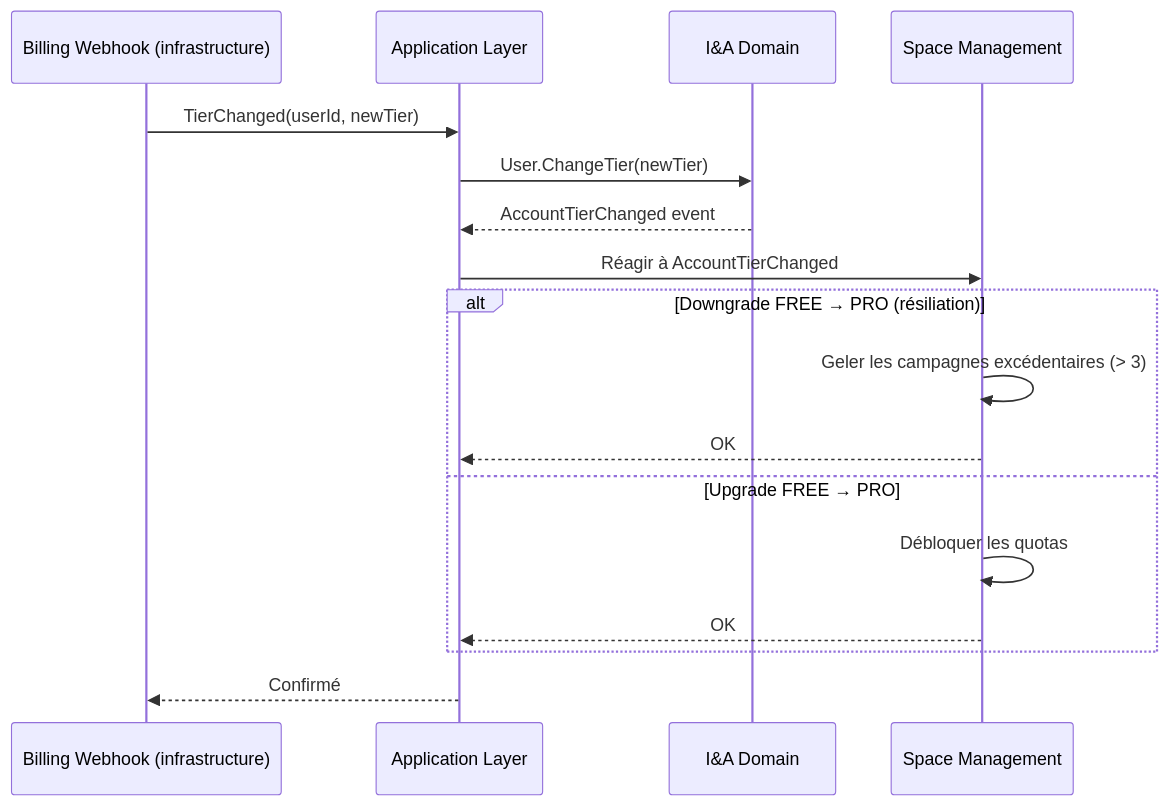
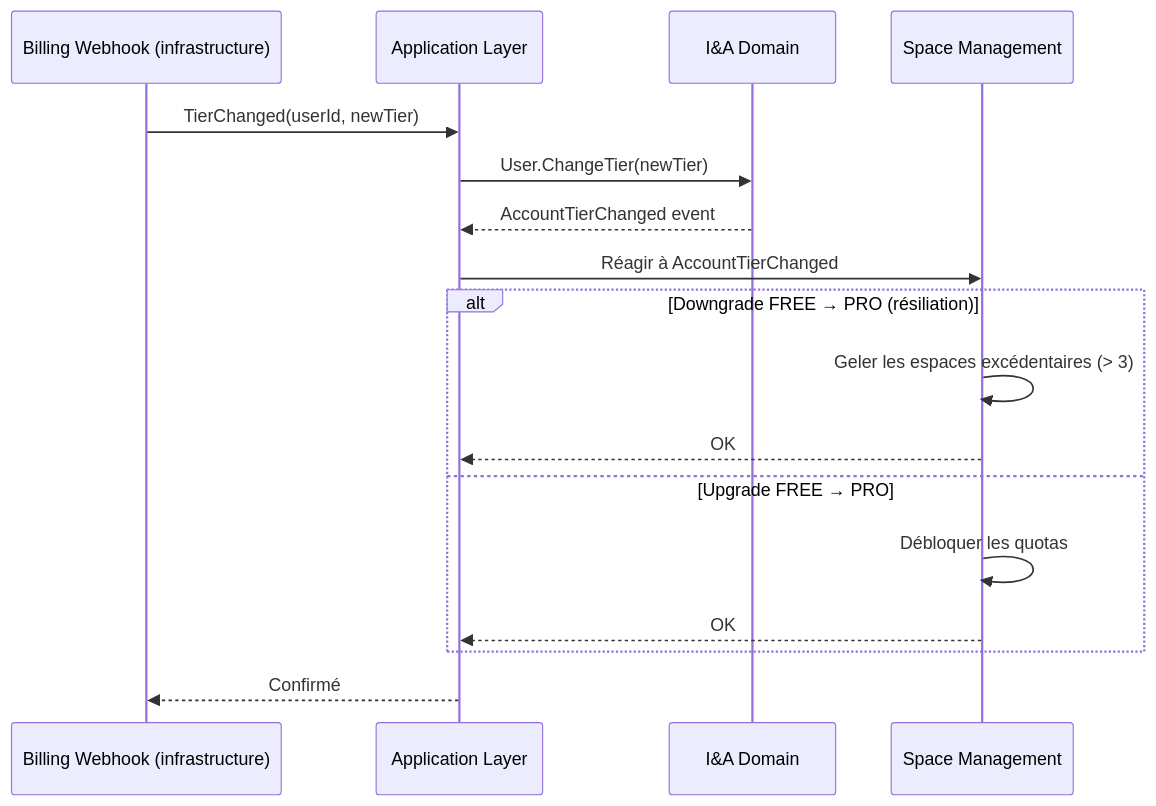
Before and after one commit to 2025-10-CDA-ECO-P6/PM-micro-saas: the fifth of 6 diagrams in docs/conception/domain/diagrams/flows/identity-access.md, drawn with Mermaid. The commit also changed other lines of this file and 68 other files, not shown here.

First line of the commit message:
docs(corpus): renomme Campaign en Space et ajoute les spécifications techniques

````diff
--- a/docs/conception/domain/diagrams/flows/identity-access.md
+++ b/docs/conception/domain/diagrams/flows/identity-access.md
@@ -93,20 +93,20 @@
 ```mermaid
 sequenceDiagram
     participant Billing as Billing Webhook (infrastructure)
     participant App as Application Layer
     participant IA as I&A Domain
-    participant CM as Space Management
+    participant SM as Space Management
 
     Billing->>App: TierChanged(userId, newTier)
     App->>IA: User.ChangeTier(newTier)
     IA-->>App: AccountTierChanged event
-    App->>CM: Réagir à AccountTierChanged
+    App->>SM: Réagir à AccountTierChanged
     alt Downgrade FREE → PRO (résiliation)
-        CM->>CM: Geler les campagnes excédentaires (> 3)
-        CM-->>App: OK
+        SM->>SM: Geler les espaces excédentaires (> 3)
+        SM-->>App: OK
     else Upgrade FREE → PRO
-        CM->>CM: Débloquer les quotas
-        CM-->>App: OK
+        SM->>SM: Débloquer les quotas
+        SM-->>App: OK
     end
     App-->>Billing: Confirmé
 ```
````
